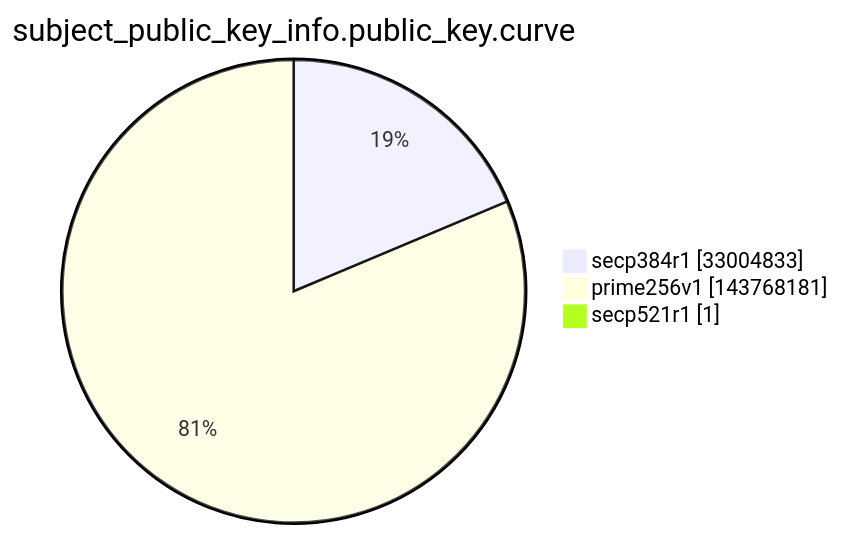
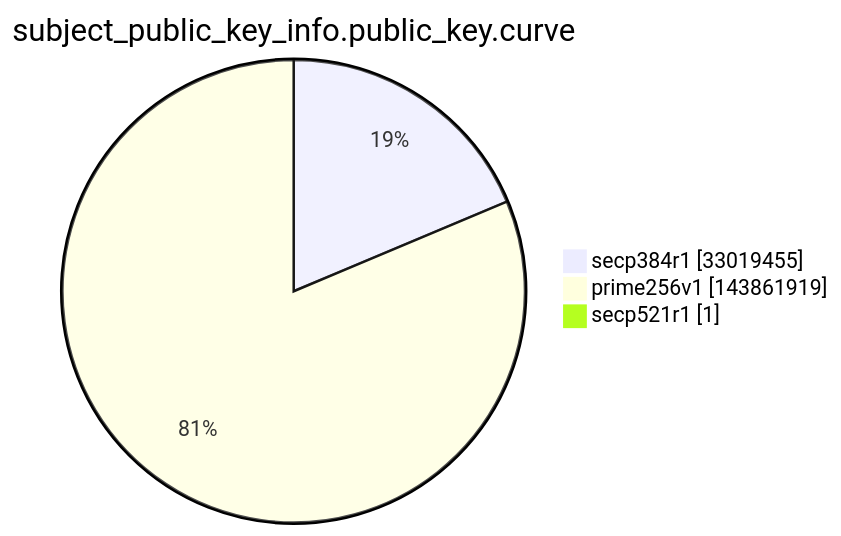
One commit to christiankrug/ctmonitor_visualization changed the ninth of 15 diagrams in argon2022/README.md. Above: the diagram before and after it, drawn with Mermaid. The commit also changed other lines of this file, not shown here.

````diff
--- a/argon2022/README.md
+++ b/argon2022/README.md
@@ -2764,7 +2764,7 @@
 ```mermaid
 pie showData
 title subject_public_key_info.public_key.curve
-"secp384r1" :33004833
-"prime256v1" :143768181
+"secp384r1" :33019455
+"prime256v1" :143861919
 "secp521r1" :1
 ```
````
